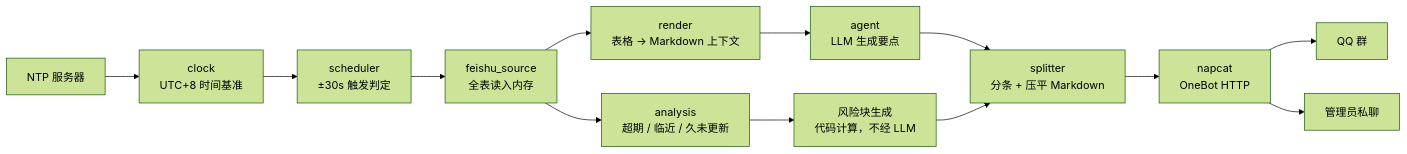
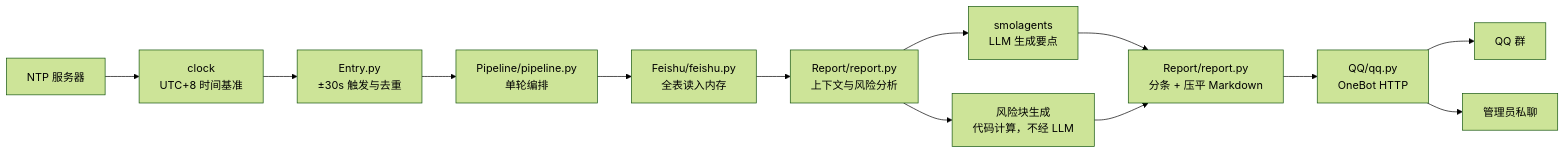
One commit to CoffeeCat0667/feishu_QQBot changed the diagram in README.md. Above: the diagram before and after it, drawn with Mermaid (forest theme). The commit also changed other lines of this file and 17 other files, not shown here.

````diff
--- a/README.md
+++ b/README.md
@@ -33,15 +32,15 @@
 ```mermaid
 flowchart LR
     NTP[NTP 服务器] --> CLOCK[clock<br/>UTC+8 时间基准]
-    CLOCK --> SCH[scheduler<br/>±30s 触发判定]
-    SCH --> FS[feishu_source<br/>全表读入内存]
-    FS --> REN[render<br/>表格 → Markdown 上下文]
-    FS --> ANA[analysis<br/>超期 / 临近 / 久未更新]
-    REN --> AG[agent<br/>LLM 生成要点]
-    ANA --> BLK[风险块生成<br/>代码计算，不经 LLM]
-    AG --> SPL[splitter<br/>分条 + 压平 Markdown]
+    CLOCK --> SCH[Entry.py<br/>±30s 触发与去重]
+    SCH --> PIPE[Pipeline/pipeline.py<br/>单轮编排]
+    PIPE --> FS[Feishu/feishu.py<br/>全表读入内存]
+    FS --> REN[Report/report.py<br/>上下文与风险分析]
+    REN --> AG[smolagents<br/>LLM 生成要点]
+    REN --> BLK[风险块生成<br/>代码计算，不经 LLM]
+    AG --> SPL[Report/report.py<br/>分条 + 压平 Markdown]
     BLK --> SPL
-    SPL --> NC[napcat<br/>OneBot HTTP]
+    SPL --> NC[QQ/qq.py<br/>OneBot HTTP]
     NC --> QQ[QQ 群]
     NC --> ADMIN[管理员私聊]
 ```
````
